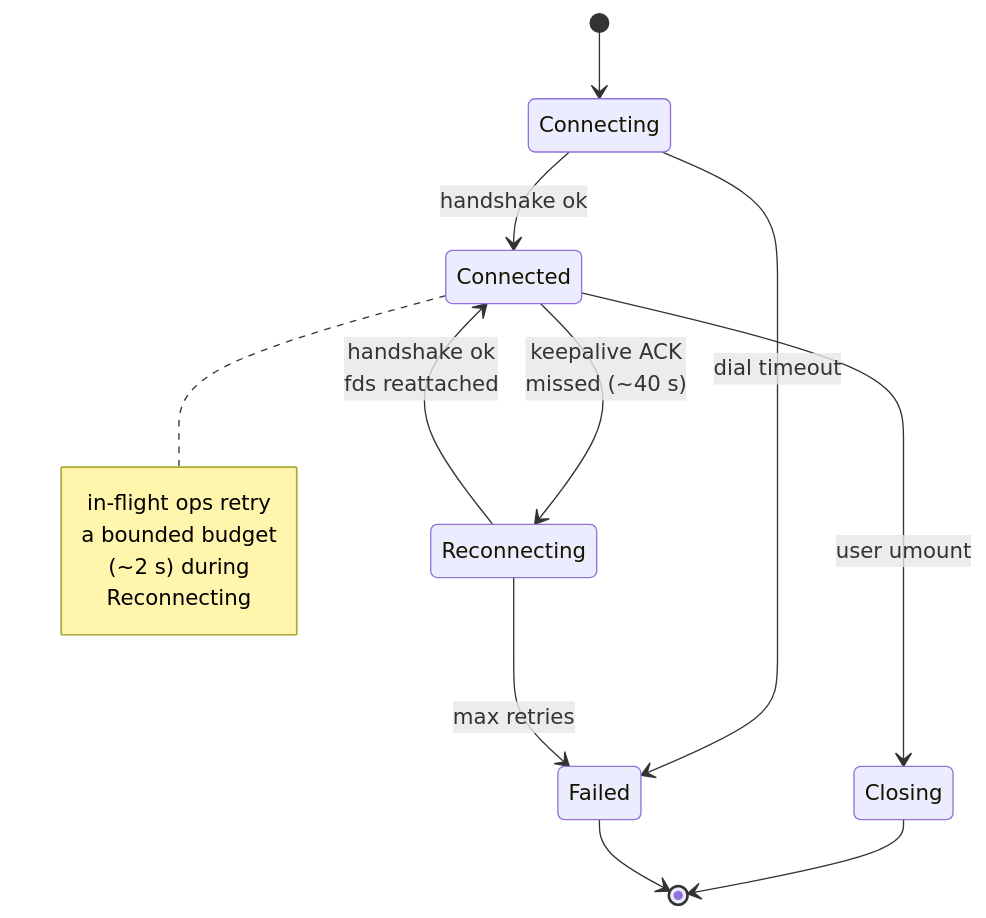
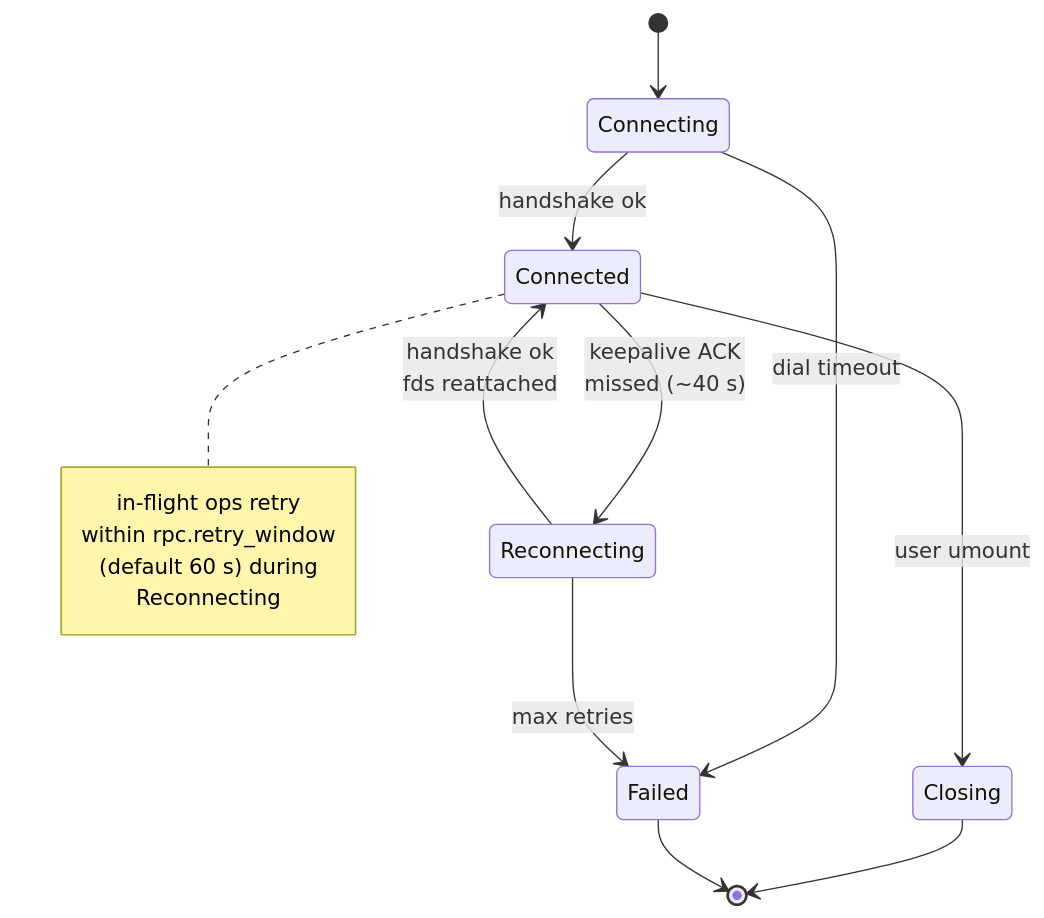
Before and after one commit to gMountie/gMountie: the diagram in docs/concepts/sessions-and-reconnect.mdx, drawn with Mermaid. The commit also changed other lines of this file and 4 other files, not shown here.

First line of the commit message:
docs: document rpc.retry_window and server session grace_period

````diff
--- a/docs/concepts/sessions-and-reconnect.mdx
+++ b/docs/concepts/sessions-and-reconnect.mdx
@@ -60,21 +61,21 @@
 ```mermaid
 stateDiagram-v2
   [*] --> Connecting
   Connecting --> Connected: handshake ok
   Connecting --> Failed: dial timeout
 
   Connected --> Reconnecting: keepalive ACK<br/>missed (~40 s)
   Reconnecting --> Connected: handshake ok<br/>fds reattached
   Reconnecting --> Failed: max retries
 
   Connected --> Closing: user umount
   Closing --> [*]
   Failed --> [*]
 
   note right of Connected
     in-flight ops retry
-    a bounded budget
-    (~2 s) during
+    within rpc.retry_window
+    (default 60 s) during
     Reconnecting
   end note
 ```
````
